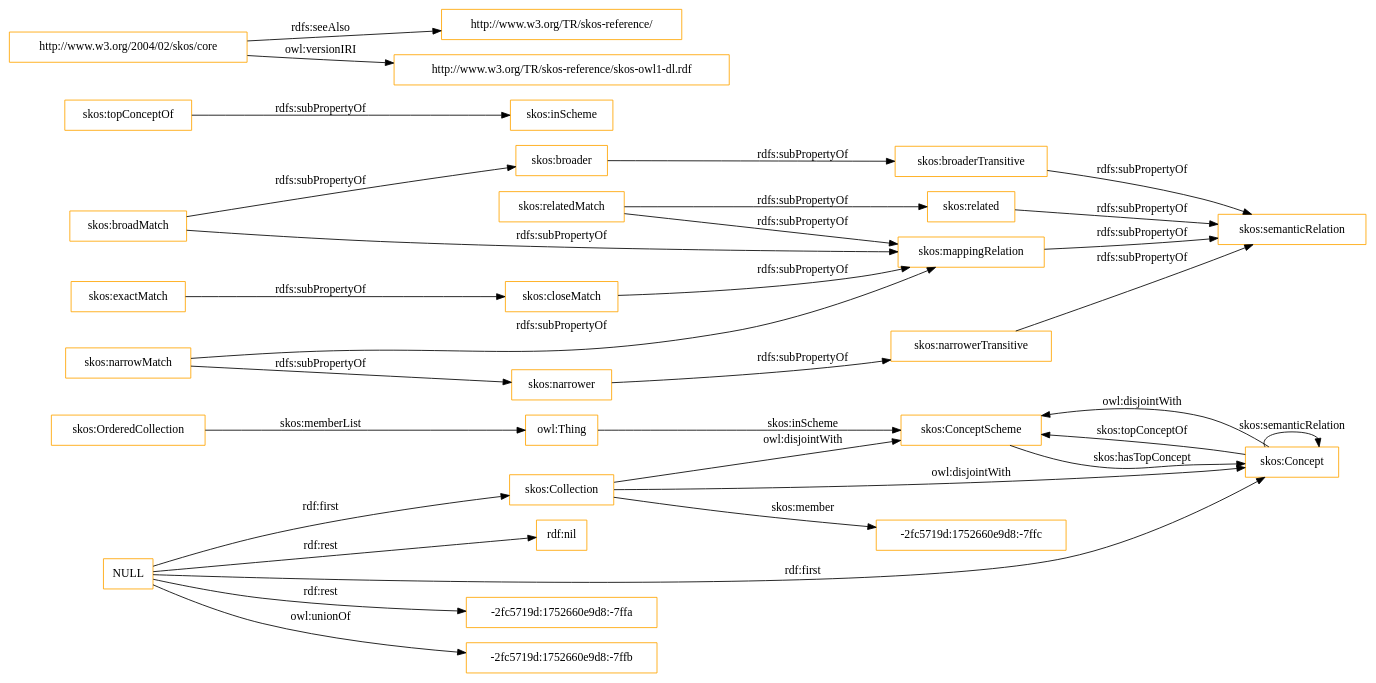
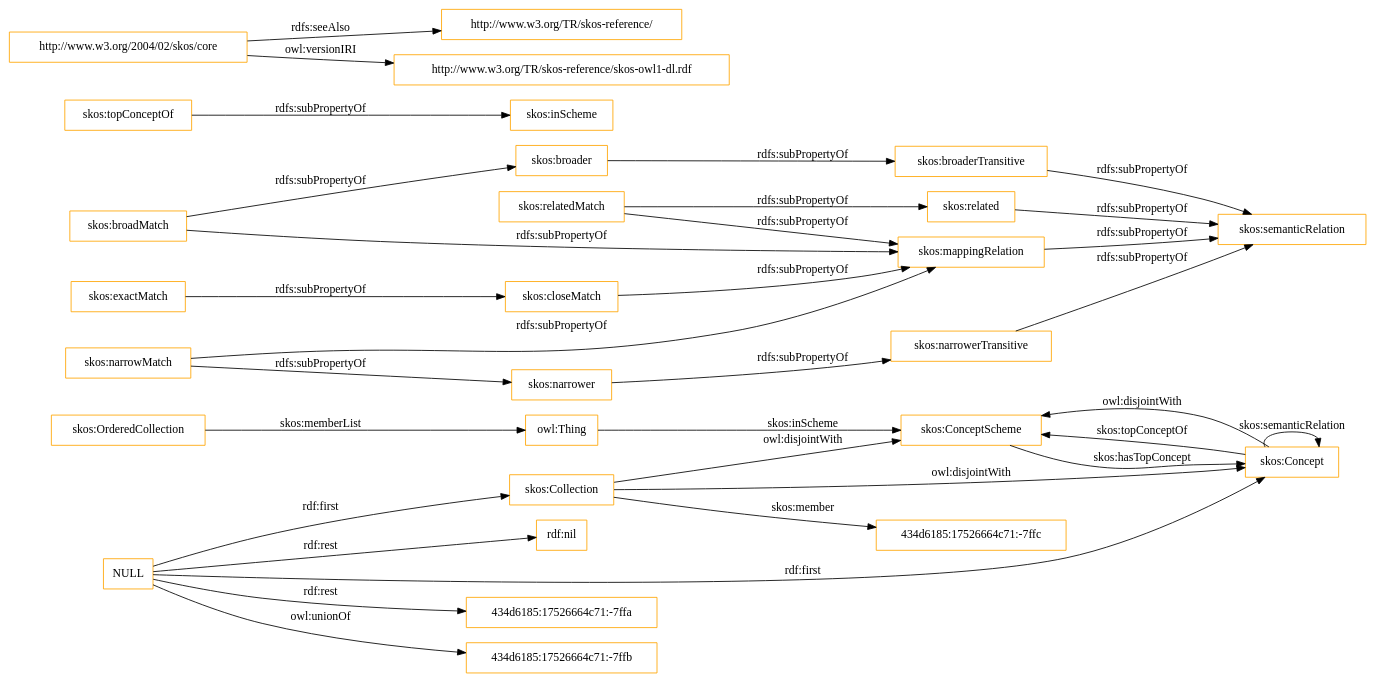
One commit to OnToologyUser/core-ontology-1 changed the diagram in OnToology/imports/skos.owl/diagrams/ar2dtool-class/skos.owl.png.dot. Above: the diagram before and after it, drawn with Graphviz. The commit also changed 14 other files, not shown here.

```diff
--- a/OnToology/imports/skos.owl/diagrams/ar2dtool-class/skos.owl.png.dot
+++ b/OnToology/imports/skos.owl/diagrams/ar2dtool-class/skos.owl.png.dot
@@ -1,37 +1,37 @@
 digraph ar2dtool_diagram { 
 rankdir=LR;
 size="1501"
-node [shape = rectangle, color="orange"]; "skos:OrderedCollection" "skos:ConceptScheme" "skos:Concept" "skos:Collection" "-2fc5719d:1752660e9d8:-7ffc" ; /*classes style*/
+node [shape = rectangle, color="orange"]; "skos:OrderedCollection" "skos:ConceptScheme" "skos:Concept" "skos:Collection" "434d6185:17526664c71:-7ffc" ; /*classes style*/
 	"skos:narrowerTransitive" -> "skos:semanticRelation" [ label = "rdfs:subPropertyOf" ];
-	"NULL" -> "-2fc5719d:1752660e9d8:-7ffa" [ label = "rdf:rest" ];
+	"NULL" -> "434d6185:17526664c71:-7ffa" [ label = "rdf:rest" ];
 	"NULL" -> "skos:Collection" [ label = "rdf:first" ];
-	"NULL" -> "-2fc5719d:1752660e9d8:-7ffb" [ label = "owl:unionOf" ];
+	"NULL" -> "434d6185:17526664c71:-7ffb" [ label = "owl:unionOf" ];
 	"NULL" -> "rdf:nil" [ label = "rdf:rest" ];
 	"NULL" -> "skos:Concept" [ label = "rdf:first" ];
 	"skos:closeMatch" -> "skos:mappingRelation" [ label = "rdfs:subPropertyOf" ];
 	"skos:Concept" -> "skos:ConceptScheme" [ label = "owl:disjointWith" ];
 	"skos:relatedMatch" -> "skos:related" [ label = "rdfs:subPropertyOf" ];
 	"skos:relatedMatch" -> "skos:mappingRelation" [ label = "rdfs:subPropertyOf" ];
 	"skos:related" -> "skos:semanticRelation" [ label = "rdfs:subPropertyOf" ];
 	"skos:topConceptOf" -> "skos:inScheme" [ label = "rdfs:subPropertyOf" ];
 	"skos:broadMatch" -> "skos:mappingRelation" [ label = "rdfs:subPropertyOf" ];
 	"skos:broadMatch" -> "skos:broader" [ label = "rdfs:subPropertyOf" ];
 	"skos:exactMatch" -> "skos:closeMatch" [ label = "rdfs:subPropertyOf" ];
 	"skos:broaderTransitive" -> "skos:semanticRelation" [ label = "rdfs:subPropertyOf" ];
 	"skos:broader" -> "skos:broaderTransitive" [ label = "rdfs:subPropertyOf" ];
 	"skos:mappingRelation" -> "skos:semanticRelation" [ label = "rdfs:subPropertyOf" ];
 	"http://www.w3.org/2004/02/skos/core" -> "http://www.w3.org/TR/skos-reference/" [ label = "rdfs:seeAlso" ];
 	"http://www.w3.org/2004/02/skos/core" -> "http://www.w3.org/TR/skos-reference/skos-owl1-dl.rdf" [ label = "owl:versionIRI" ];
 	"skos:Collection" -> "skos:ConceptScheme" [ label = "owl:disjointWith" ];
 	"skos:Collection" -> "skos:Concept" [ label = "owl:disjointWith" ];
 	"skos:narrower" -> "skos:narrowerTransitive" [ label = "rdfs:subPropertyOf" ];
 	"skos:narrowMatch" -> "skos:narrower" [ label = "rdfs:subPropertyOf" ];
 	"skos:narrowMatch" -> "skos:mappingRelation" [ label = "rdfs:subPropertyOf" ];
 	"skos:OrderedCollection" -> "owl:Thing" [ label = "skos:memberList" ];
 	"skos:Concept" -> "skos:ConceptScheme" [ label = "skos:topConceptOf" ];
 	"skos:Concept" -> "skos:Concept" [ label = "skos:semanticRelation" ];
-	"skos:Collection" -> "-2fc5719d:1752660e9d8:-7ffc" [ label = "skos:member" ];
+	"skos:Collection" -> "434d6185:17526664c71:-7ffc" [ label = "skos:member" ];
 	"skos:ConceptScheme" -> "skos:Concept" [ label = "skos:hasTopConcept" ];
 	"owl:Thing" -> "skos:ConceptScheme" [ label = "skos:inScheme" ];
 
 }
```
